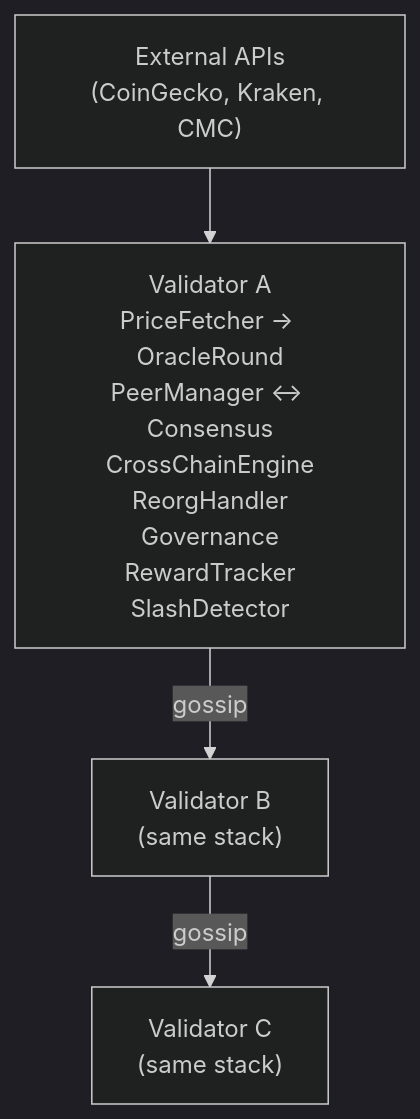
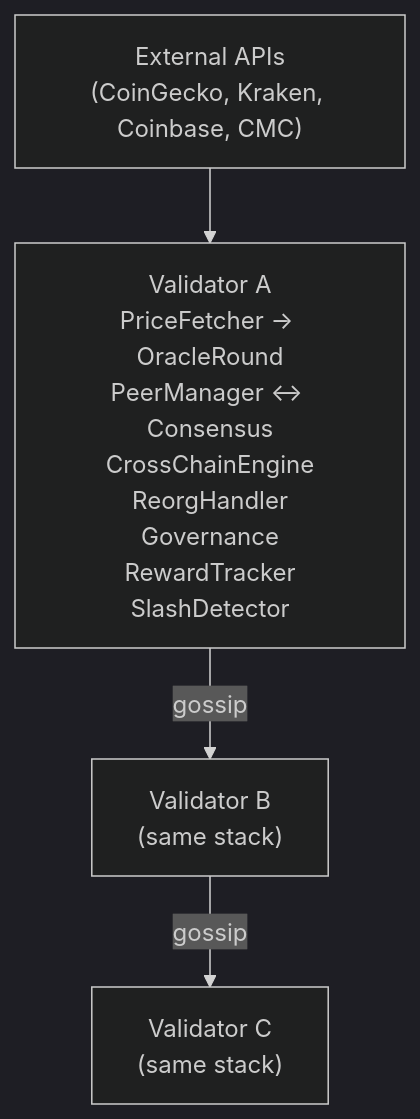
Before and after one commit to XChain-Platform/xchain-documentation: the diagram in components/hub/decentralization.md, drawn with Mermaid (dark theme). The commit also changed other lines of this file and 55 other files, not shown here.

````diff
--- a/components/hub/decentralization.md
+++ b/components/hub/decentralization.md
@@ -107,11 +107,11 @@
 ```mermaid
 flowchart TD
-    EXT["External APIs<br>(CoinGecko, Kraken, CMC)"]
+    EXT["External APIs<br>(CoinGecko, Kraken, Coinbase, CMC)"]
     A["Validator A<br>PriceFetcher → OracleRound<br>PeerManager ↔ Consensus<br>CrossChainEngine<br>ReorgHandler<br>Governance<br>RewardTracker<br>SlashDetector"]
     B["Validator B<br>(same stack)"]
     C["Validator C<br>(same stack)"]
 
     EXT --> A
     A -->|gossip| B
     B -->|gossip| C
 ```
````
